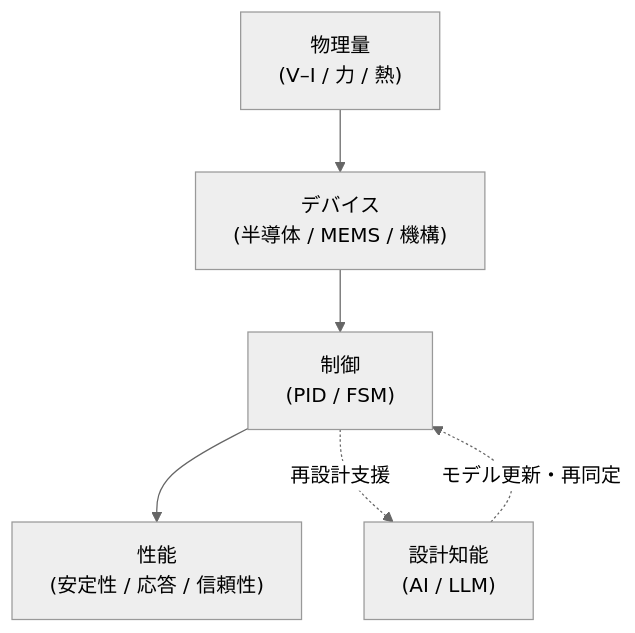
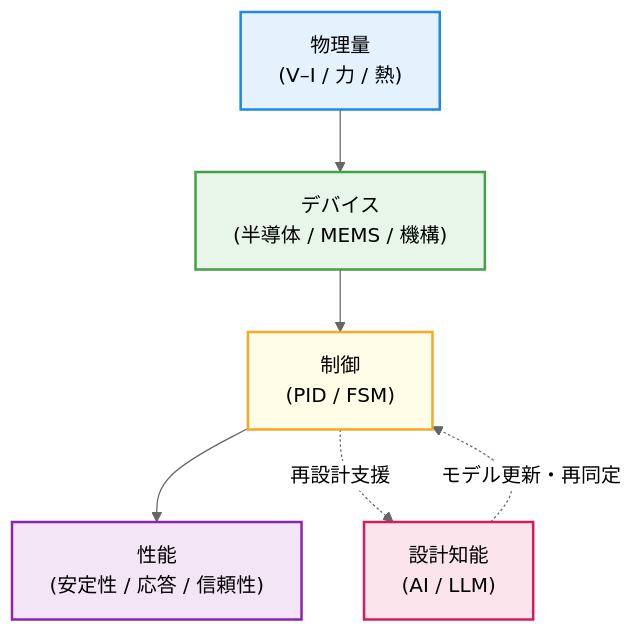
The diagram in README.md (Samizo-AITL/Samizo-AITL.github.io), drawn with Mermaid (neutral theme) before and after one commit.

````diff
--- a/README.md
+++ b/README.md
@@ -39,14 +39,20 @@
 ```mermaid
 flowchart TD
-    P["物理量<br>(V–I / 力 / 熱)"]
-    D["デバイス<br>(半導体 / MEMS / 機構)"]
-    C["制御<br>(PID / FSM)"]
-    A["設計知能<br>(AI / LLM)"]
-    S["性能<br>(安定性 / 応答 / 信頼性)"]
+    P["物理量<br>(V–I / 力 / 熱)"]:::physics
+    D["デバイス<br>(半導体 / MEMS / 機構)"]:::device
+    C["制御<br>(PID / FSM)"]:::control
+    A["設計知能<br>(AI / LLM)"]:::ai
+    S["性能<br>(安定性 / 応答 / 信頼性)"]:::performance
 
     P --> D
     D --> C
     C --> S
     C -. 再設計支援 .-> A
     A -. モデル更新・再同定 .-> C
-```
+
+    classDef physics fill:#E3F2FD,stroke:#1E88E5,stroke-width:2px
+    classDef device fill:#E8F5E9,stroke:#43A047,stroke-width:2px
+    classDef control fill:#FFFDE7,stroke:#F9A825,stroke-width:2px
+    classDef ai fill:#FCE4EC,stroke:#D81B60,stroke-width:2px
+    classDef performance fill:#F3E5F5,stroke:#8E24AA,stroke-width:2px
+```    
````
